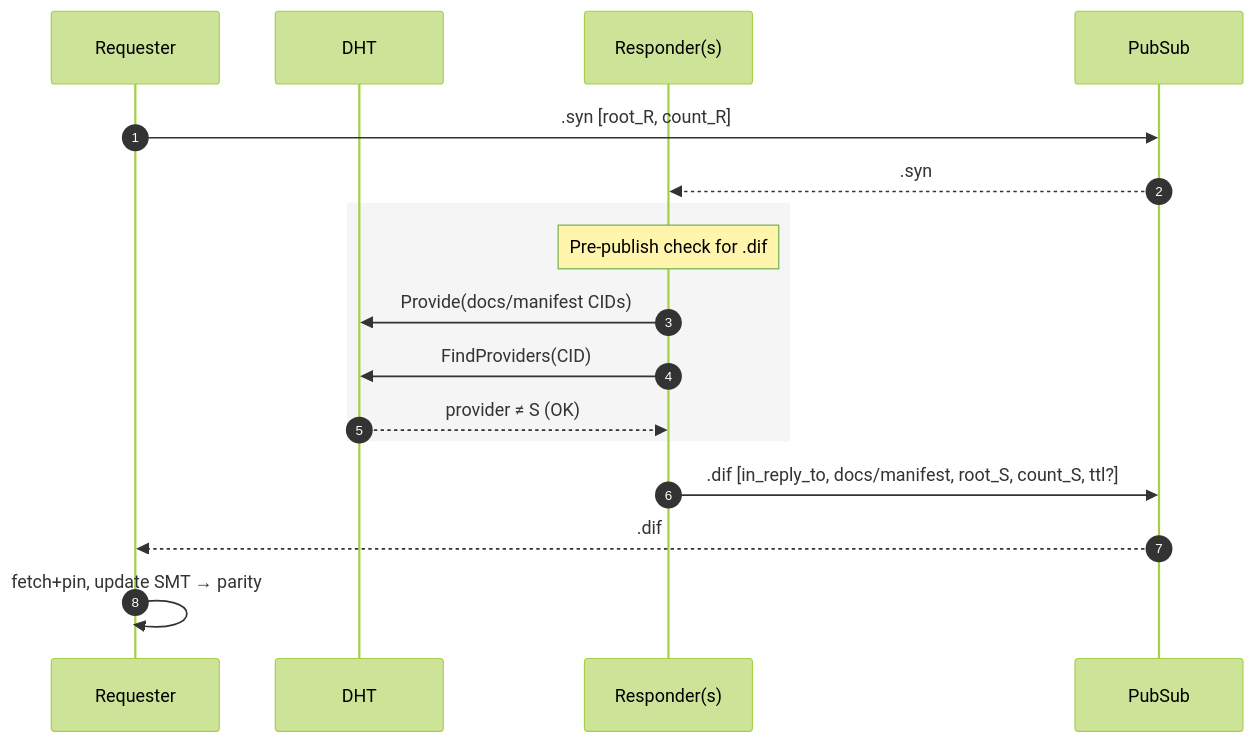
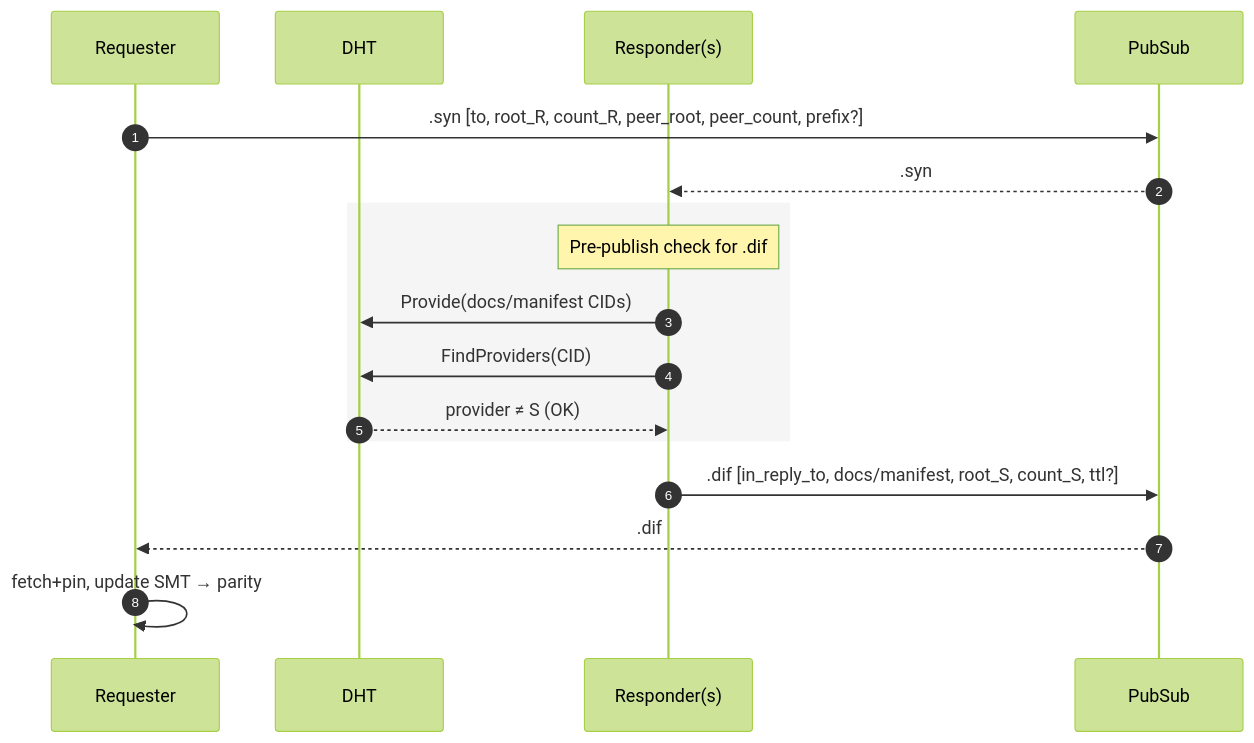
The sixth of 11 diagrams in docs/src/architecture/08_concepts/document_sync/protocol_spec.md (input-output-hk/hermes), drawn with Mermaid (forest theme) before and after one commit. The commit also changed other lines of this file and 1 other file, not shown here.

````diff
--- a/docs/src/architecture/08_concepts/document_sync/protocol_spec.md
+++ b/docs/src/architecture/08_concepts/document_sync/protocol_spec.md
@@ -533,19 +562,19 @@
 ```mermaid
 sequenceDiagram
   autonumber
   participant R as Requester
   participant D as DHT
   participant S as Responder(s)
   participant PS as PubSub
-  R->>PS: .syn [root_R, count_R]
+  R->>PS: .syn [to, root_R, count_R, peer_root, peer_count, prefix?]
   PS-->>S: .syn
   rect rgb(245,245,245)
     Note over S: Pre-publish check for .dif
     S->>D: Provide(docs/manifest CIDs)
     S->>D: FindProviders(CID)
     D-->>S: provider ≠ S (OK)
   end
   S->>PS: .dif [in_reply_to, docs/manifest, root_S, count_S, ttl?]
   PS-->>R: .dif
   R->>R: fetch+pin, update SMT → parity
 ```
````
